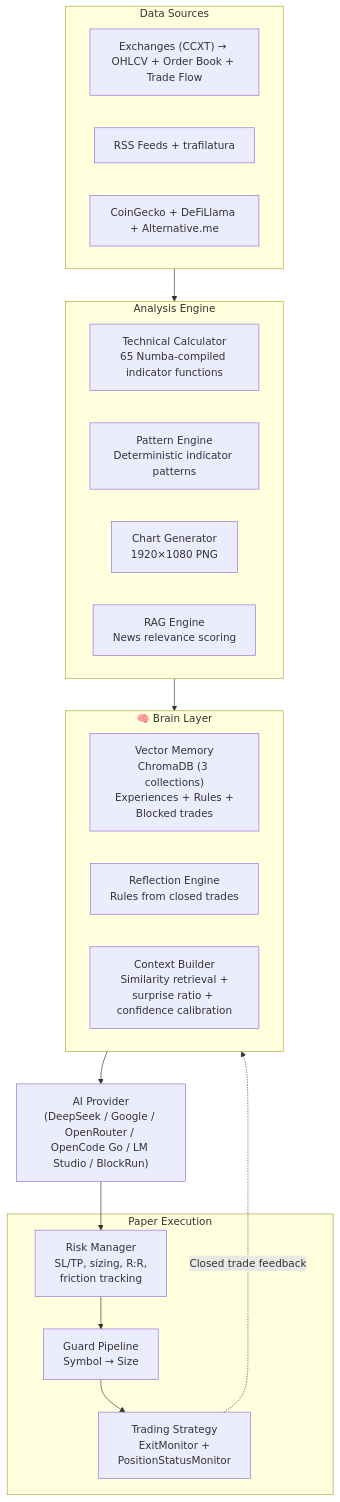
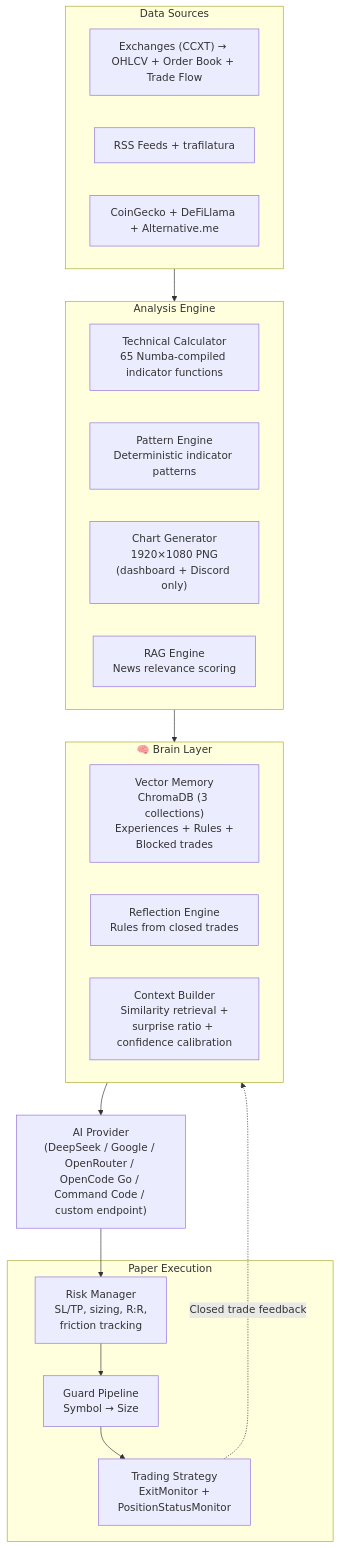
Before and after one commit to zqf20096327/ai_collect: the diagram in data/readmes/qrak__LLM_trader.md, drawn with Mermaid. The commit also changed other lines of this file and 3185 other files, not shown here.

````diff
--- a/data/readmes/qrak__LLM_trader.md
+++ b/data/readmes/qrak__LLM_trader.md
@@ -110,29 +111,29 @@
 ```mermaid
 flowchart TB
     subgraph Data["Data Sources"]
         EX["Exchanges (CCXT) → OHLCV + Order Book + Trade Flow"]
         NEWS["RSS Feeds + trafilatura"]
         FUND["CoinGecko + DeFiLlama + Alternative.me"]
     end
     subgraph Analysis["Analysis Engine"]
         TC["Technical Calculator<br/>65 Numba-compiled indicator functions"]
         PE["Pattern Engine<br/>Deterministic indicator patterns"]
-        CG["Chart Generator<br/>1920×1080 PNG"]
+        CG["Chart Generator<br/>1920×1080 PNG<br/>(dashboard + Discord only)"]
         RAG["RAG Engine<br/>News relevance scoring"]
     end
     subgraph Brain["🧠 Brain Layer"]
         VM["Vector Memory<br/>ChromaDB (3 collections)<br/>Experiences + Rules +<br/>Blocked trades"]
         REFL["Reflection Engine<br/>Rules from closed trades"]
         CTX["Context Builder<br/>Similarity retrieval +<br/>surprise ratio + confidence calibration"]
     end
     subgraph Execution["Paper Execution"]
         RP["Risk Manager<br/>SL/TP, sizing, R:R,<br/>friction tracking"]
         GP["Guard Pipeline<br/>Symbol → Size"]
         STRAT["Trading Strategy<br/>ExitMonitor +<br/>PositionStatusMonitor"]
     end
     Data --> Analysis
     Analysis --> Brain
-    Brain --> AI["AI Provider<br/>(DeepSeek / Google / OpenRouter / OpenCode Go / LM Studio / BlockRun)"]
+    Brain --> AI["AI Provider<br/>(DeepSeek / Google / OpenRouter / OpenCode Go / Command Code / custom endpoint)"]
     AI --> RP --> GP --> STRAT
     STRAT -.->|Closed trade feedback| Brain
 ```
````
